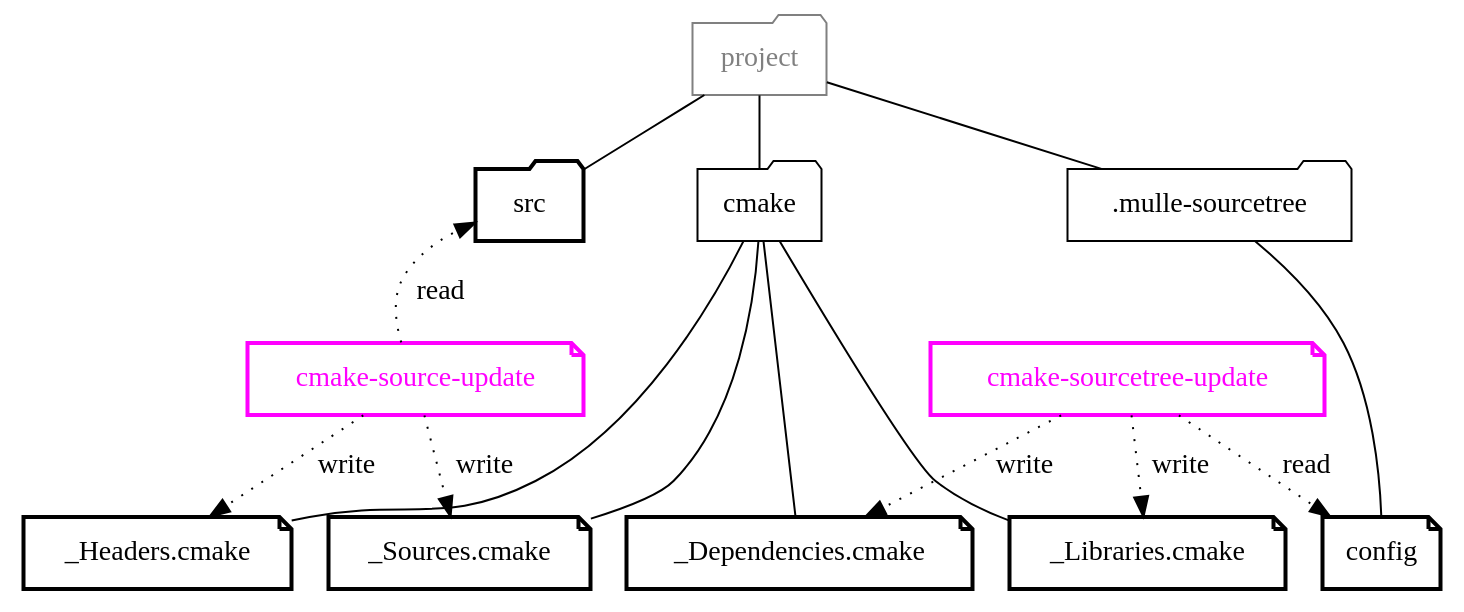
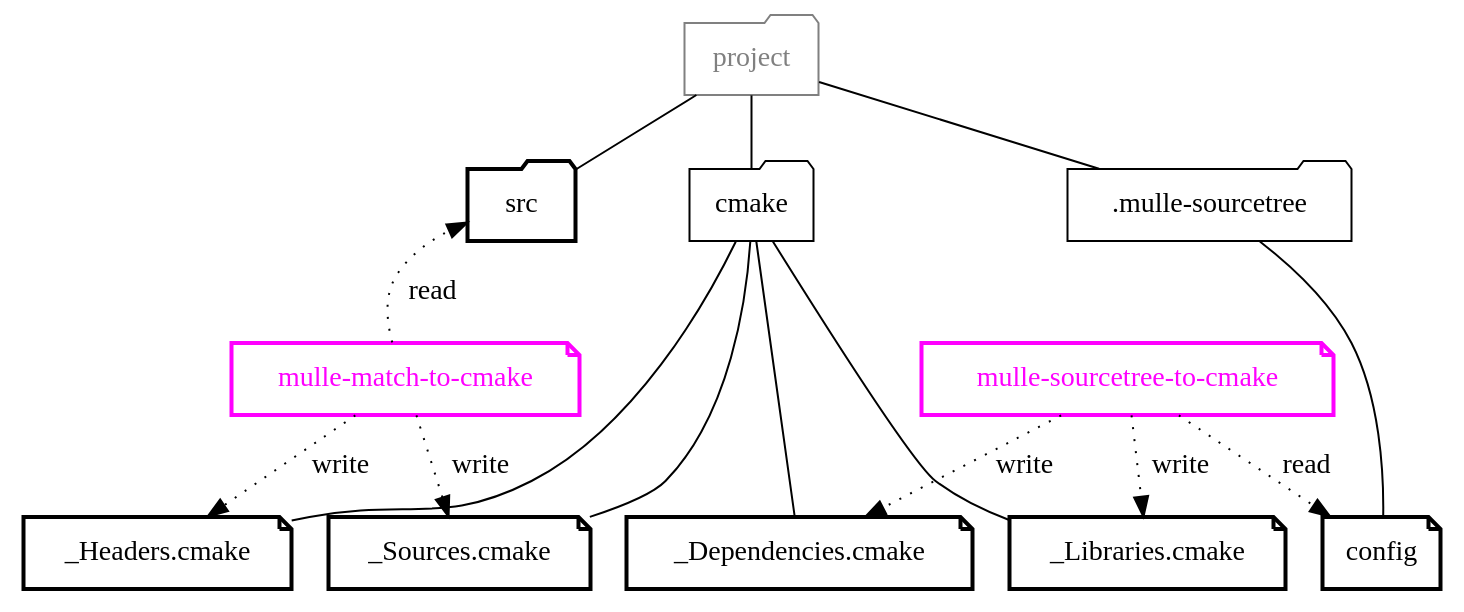
One commit to mulle-sde/mulle-sde-developer changed the diagram in dox/mulle-sde-update-fs.dot. Above: the diagram before and after it, drawn with Graphviz. The commit also changed 68 other files, not shown here.

Commit message:
* support for multiphase improved tests taken from mulle-sde moved to .mulle for project stuff * c-sourcetree-update moved to mulle-sourcetree project * improved tool an optionaltool content * generally nicer templates for library/framework/executable

```diff
--- a/dox/mulle-sde-update-fs.dot
+++ b/dox/mulle-sde-update-fs.dot
@@ -1,51 +1,51 @@
 digraph G {
     graph [rankdir = TD];
 
     node[ shape="folder"] ;
 
     "project"          [ color="gray", fontcolor="gray" ]
 
     "src"  [ penwidth="2"]
     "cmake"
     ".mulle-sourcetree"
 
     node[ shape="note", penwidth="2"]
 
     { rank = same;  "project" };
     { rank = same;  "src", "cmake", ".mulle-sourcetree" }
     { rank = same;  "config" }
     { rank = same;  "_Headers.cmake","_Sources.cmake",
                     "_Dependencies.cmake","_Libraries.cmake"  }
 
 
     edge [ arrowhead="none", color="black", style="" ]
 
     ".mulle-sourcetree" -> "config"
     "project" -> "src"
     "project" -> ".mulle-sourcetree"
     "project" -> "cmake"
 
     "cmake" -> "_Headers.cmake"
     "cmake" -> "_Sources.cmake"
     "cmake" -> "_Dependencies.cmake"
     "cmake" -> "_Libraries.cmake"
 
     edge [ arrowhead="", style="dotted", label=" write"]
 
-    "cmake-source-update"     -> "_Headers.cmake"
-    "cmake-source-update"     -> "_Sources.cmake"
-    "cmake-sourcetree-update" -> "_Dependencies.cmake"
-    "cmake-sourcetree-update" -> "_Libraries.cmake"
+    "mulle-match-to-cmake"     -> "_Headers.cmake"
+    "mulle-match-to-cmake"     -> "_Sources.cmake"
+    "mulle-sourcetree-to-cmake" -> "_Dependencies.cmake"
+    "mulle-sourcetree-to-cmake" -> "_Libraries.cmake"
 
-    "cmake-source-update"     [ color="magenta", fontcolor="magenta" ]
-    "cmake-sourcetree-update" [ color="magenta", fontcolor="magenta" ]
+    "mulle-match-to-cmake"     [ color="magenta", fontcolor="magenta" ]
+    "mulle-sourcetree-to-cmake" [ color="magenta", fontcolor="magenta" ]
 
-    "src"    -> "cmake-source-update"     [ style="invis"]
+    "src"    -> "mulle-match-to-cmake"     [ style="invis"]
 
     edge [ arrowhead="", style="dotted", label=" read"]
 
-    "cmake-source-update"     -> "src"
-    "cmake-sourcetree-update" -> "config"
+    "mulle-match-to-cmake"     -> "src"
+    "mulle-sourcetree-to-cmake" -> "config"
 
-    { rank = same;  "cmake-source-update", "cmake-sourcetree-update"  };
+    { rank = same;  "mulle-match-to-cmake", "mulle-sourcetree-to-cmake"  };
 }
```
